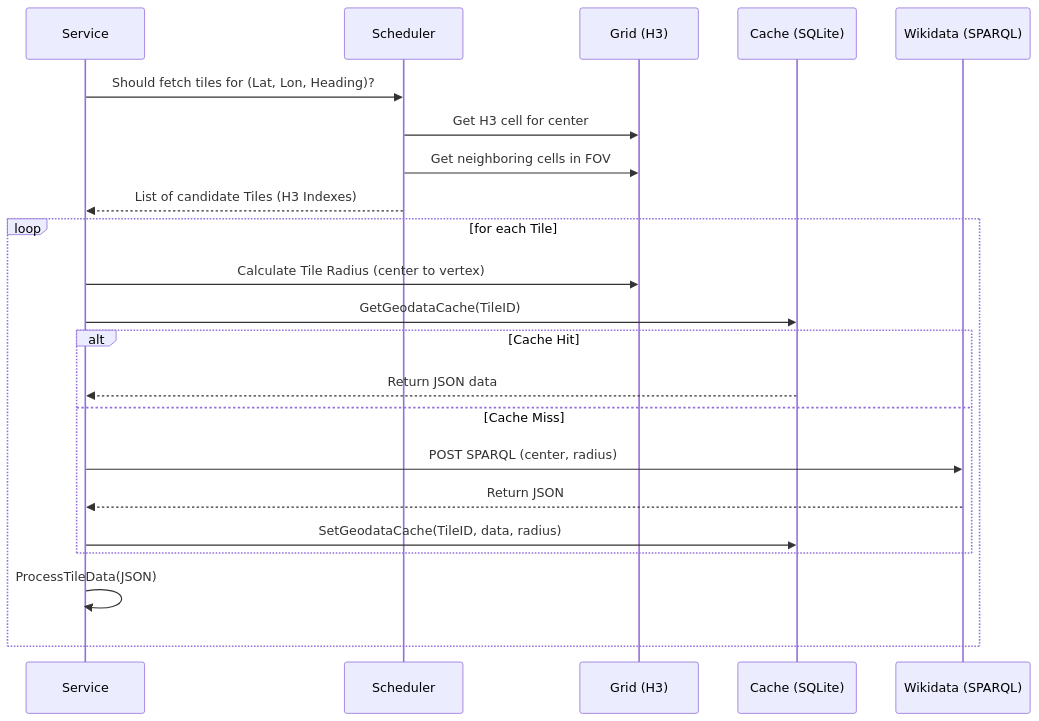
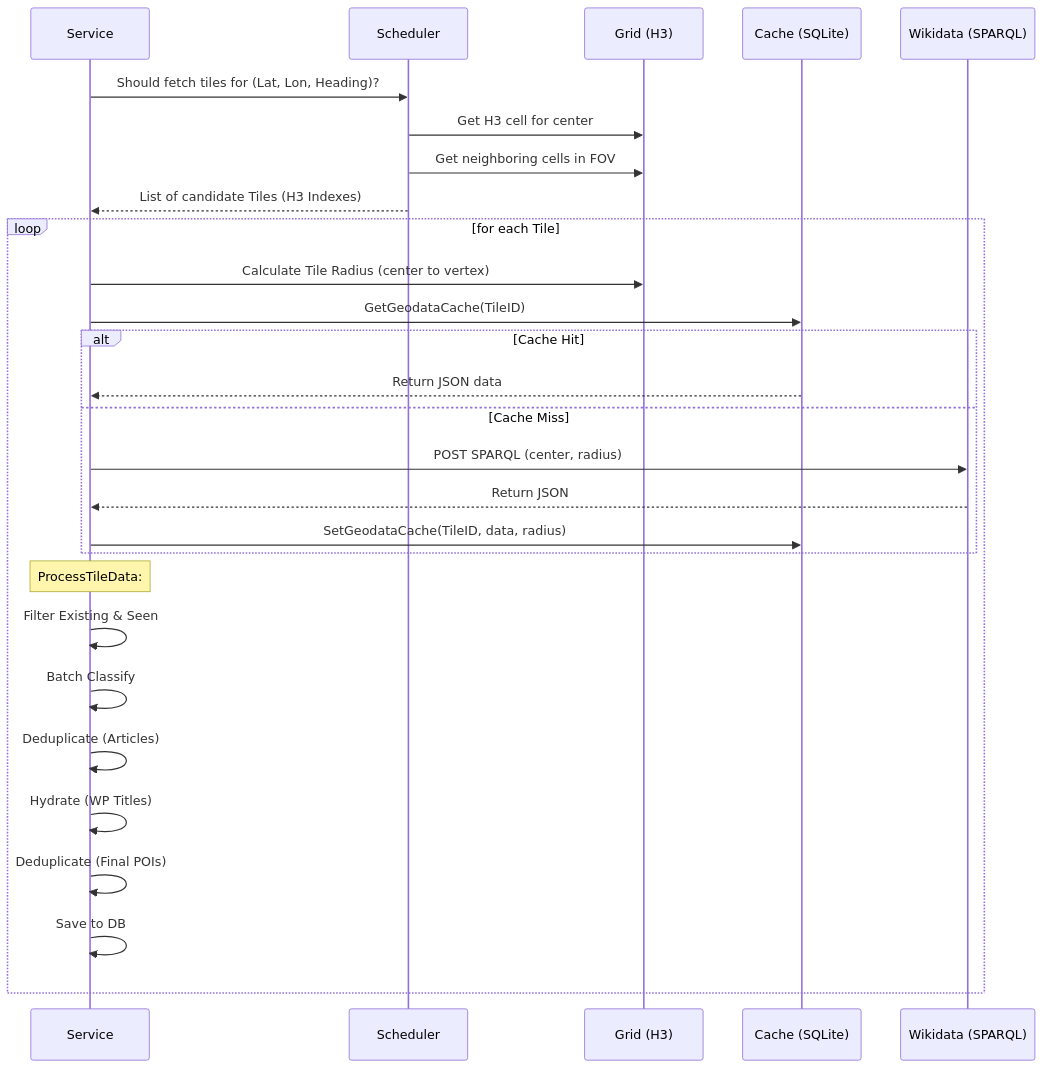
Before and after one commit to aurel42/phileasgo: the diagram in docs/SYSTEM_FLOWS.md, drawn with Mermaid. The commit also changed other lines of this file, not shown here.

Commit message:
docs: add TODOs for beacons, narration, and prompt engine to system flows

````diff
--- a/docs/SYSTEM_FLOWS.md
+++ b/docs/SYSTEM_FLOWS.md
@@ -15,26 +15,32 @@
 ```mermaid
 sequenceDiagram
     participant S as Service
     participant SCH as Scheduler
     participant G as Grid (H3)
     participant C as Cache (SQLite)
     participant API as Wikidata (SPARQL)
 
     S->>SCH: Should fetch tiles for (Lat, Lon, Heading)?
     SCH->>G: Get H3 cell for center
     SCH->>G: Get neighboring cells in FOV
     SCH-->>S: List of candidate Tiles (H3 Indexes)
     
     loop for each Tile
         S->>G: Calculate Tile Radius (center to vertex)
         S->>C: GetGeodataCache(TileID)
         alt Cache Hit
             C-->>S: Return JSON data
         else Cache Miss
             S->>API: POST SPARQL (center, radius)
             API-->>S: Return JSON
             S->>C: SetGeodataCache(TileID, data, radius)
         end
-        S->>S: ProcessTileData(JSON)
+        Note over S: ProcessTileData:
+        S->>S: Filter Existing & Seen
+        S->>S: Batch Classify
+        S->>S: Deduplicate (Articles)
+        S->>S: Hydrate (WP Titles)
+        S->>S: Deduplicate (Final POIs)
+        S->>S: Save to DB
     end
 ```
````
